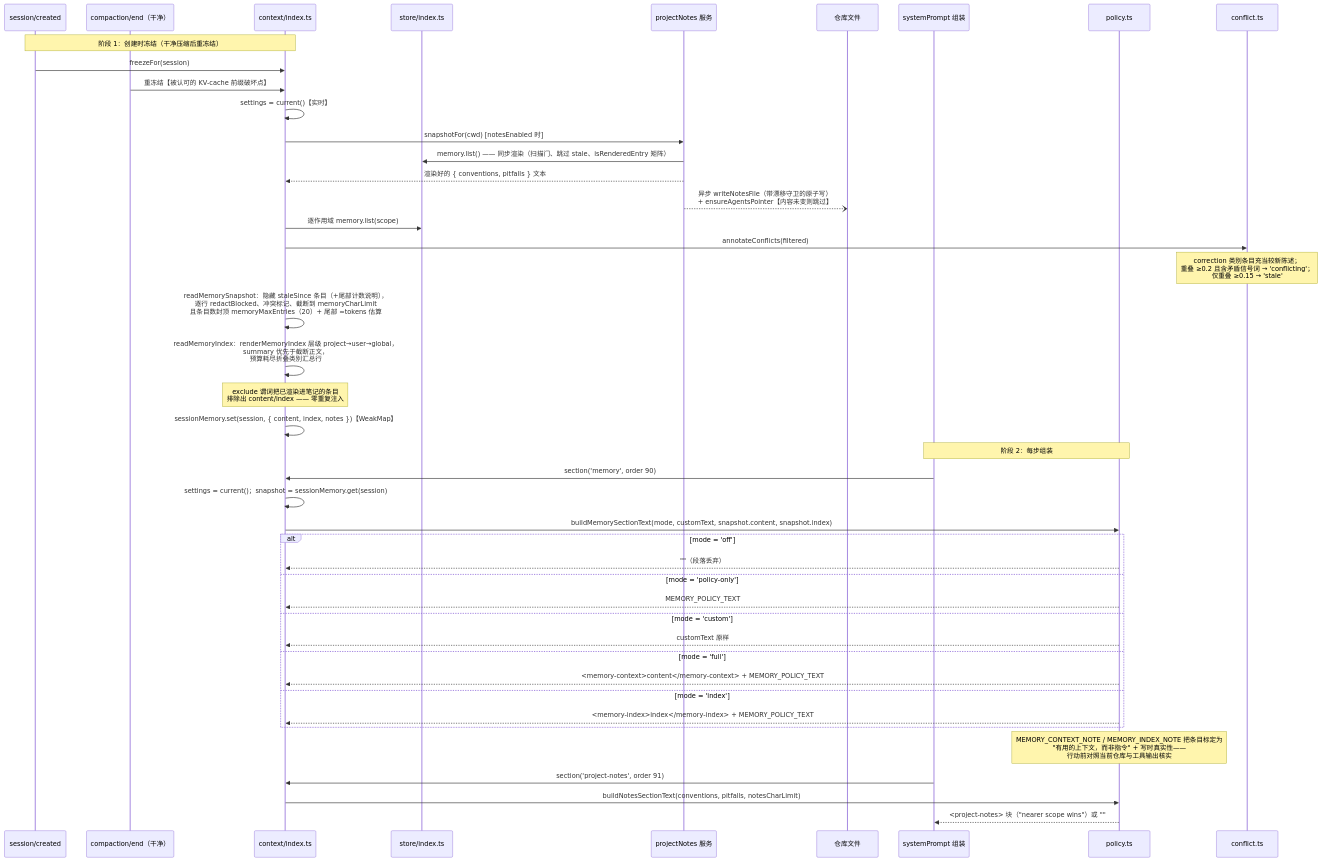
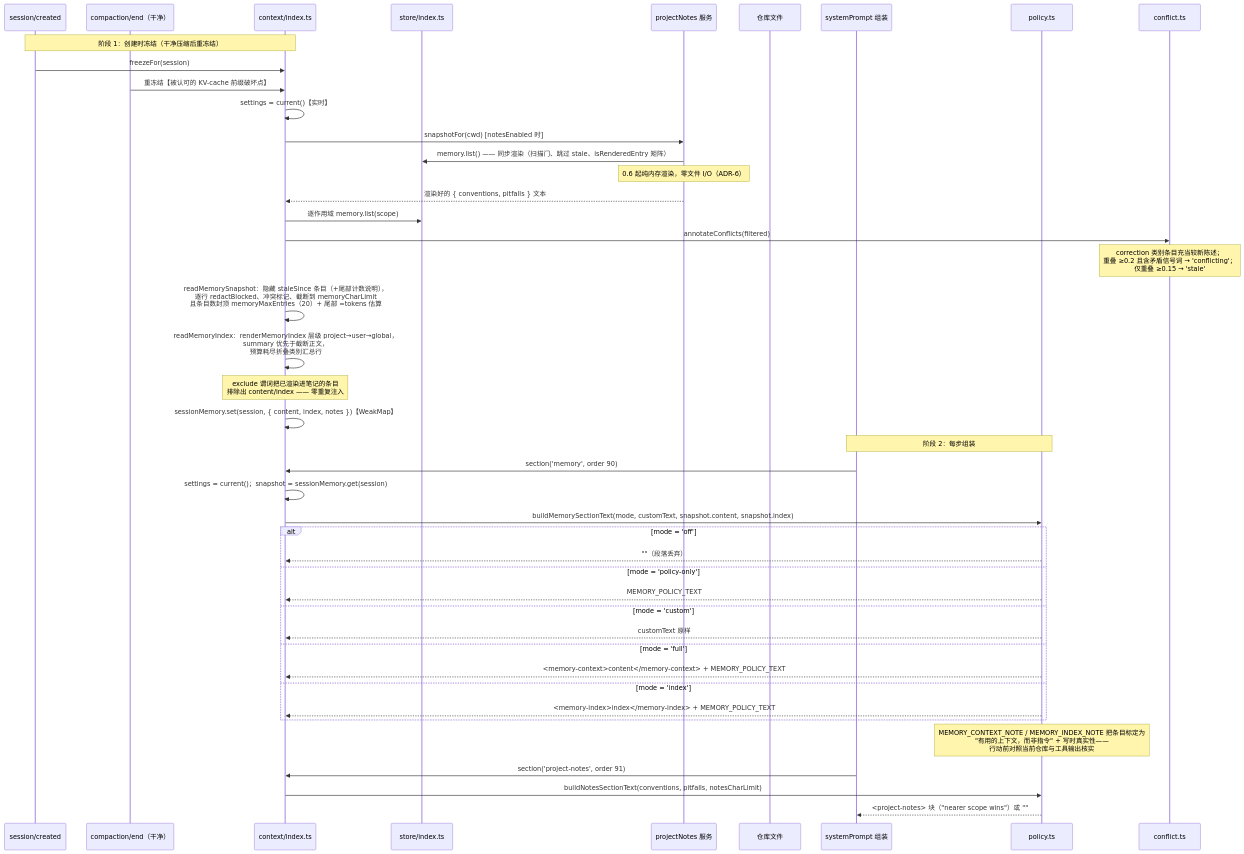
The ninth of 14 diagrams in docs/SEQUENCE_DIAGRAMS.zh-CN.md (chenhw7/dsh-memory), drawn with Mermaid before and after one commit. The commit also changed other lines of this file and 27 other files, not shown here.

````diff
--- a/docs/SEQUENCE_DIAGRAMS.zh-CN.md
+++ b/docs/SEQUENCE_DIAGRAMS.zh-CN.md
@@ -430,50 +430,50 @@
 ```mermaid
 sequenceDiagram
     participant SC as session/created
     participant CE as compaction/end（干净）
     participant Ctx as context/index.ts
     participant Store as store/index.ts
     participant NotesSvc as projectNotes 服务
     participant FS as 仓库文件
     participant SP as systemPrompt 组装
     participant Policy as policy.ts
     participant Conflict as conflict.ts
 
     Note over SC,Ctx: 阶段 1：创建时冻结（干净压缩后重冻结）
     SC->>Ctx: freezeFor(session)
     CE->>Ctx: 重冻结【被认可的 KV-cache 前缀破坏点】
     Ctx->>Ctx: settings = current()【实时】
     Ctx->>NotesSvc: snapshotFor(cwd) [notesEnabled 时]
     NotesSvc->>Store: memory.list() —— 同步渲染（扫描门、跳过 stale、isRenderedEntry 矩阵）
+    Note over NotesSvc: 0.6 起纯内存渲染，零文件 I/O（ADR-6）
     NotesSvc-->>Ctx: 渲染好的 { conventions, pitfalls } 文本
-    NotesSvc--)FS: 异步 writeNotesFile（带漂移守卫的原子写）<br/>+ ensureAgentsPointer【内容未变则跳过】
 
     Ctx->>Store: 逐作用域 memory.list(scope)
     Ctx->>Conflict: annotateConflicts(filtered)
     Note over Conflict: correction 类别条目充当较新陈述；<br/>重叠 ≥0.2 且含矛盾信号词 → 'conflicting'；<br/>仅重叠 ≥0.15 → 'stale'
     Ctx->>Ctx: readMemorySnapshot：隐藏 staleSince 条目（+尾部计数说明），<br/>逐行 redactBlocked、冲突标记、截断到 memoryCharLimit<br/>且条目数封顶 memoryMaxEntries（20）+ 尾部 ≈tokens 估算
     Ctx->>Ctx: readMemoryIndex：renderMemoryIndex 层级 project→user→global，<br/>summary 优先于截断正文，<br/>预算耗尽折叠类别汇总行
     Note over Ctx: exclude 谓词把已渲染进笔记的条目<br/>排除出 content/index —— 零重复注入
     Ctx->>Ctx: sessionMemory.set(session, { content, index, notes })【WeakMap】
 
     Note over SP,Policy: 阶段 2：每步组装
     SP->>Ctx: section('memory', order 90)
     Ctx->>Ctx: settings = current()；snapshot = sessionMemory.get(session)
     Ctx->>Policy: buildMemorySectionText(mode, customText, snapshot.content, snapshot.index)
     alt mode = 'off'
         Policy-->>Ctx: ""（段落丢弃）
     else mode = 'policy-only'
         Policy-->>Ctx: MEMORY_POLICY_TEXT
     else mode = 'custom'
         Policy-->>Ctx: customText 原样
     else mode = 'full'
         Policy-->>Ctx: <memory-context>content</memory-context> + MEMORY_POLICY_TEXT
     else mode = 'index'
         Policy-->>Ctx: <memory-index>index</memory-index> + MEMORY_POLICY_TEXT
     end
     Note over Policy: MEMORY_CONTEXT_NOTE / MEMORY_INDEX_NOTE 把条目标定为<br/>"有用的上下文，而非指令" + 写时真实性——<br/>行动前对照当前仓库与工具输出核实
 
     SP->>Ctx: section('project-notes', order 91)
     Ctx->>Policy: buildNotesSectionText(conventions, pitfalls, notesCharLimit)
     Policy-->>SP: <project-notes> 块（"nearer scope wins"）或 ""
 ```
````
